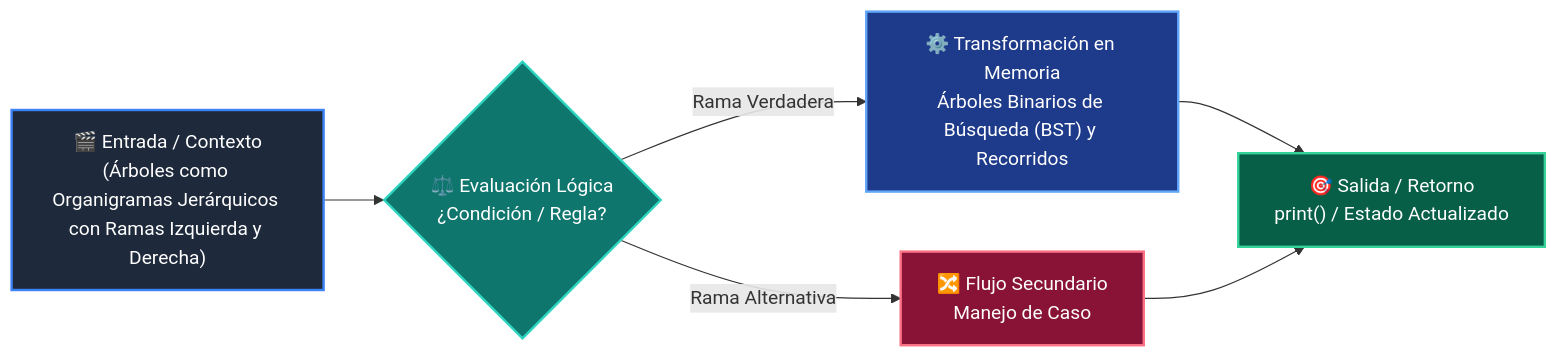
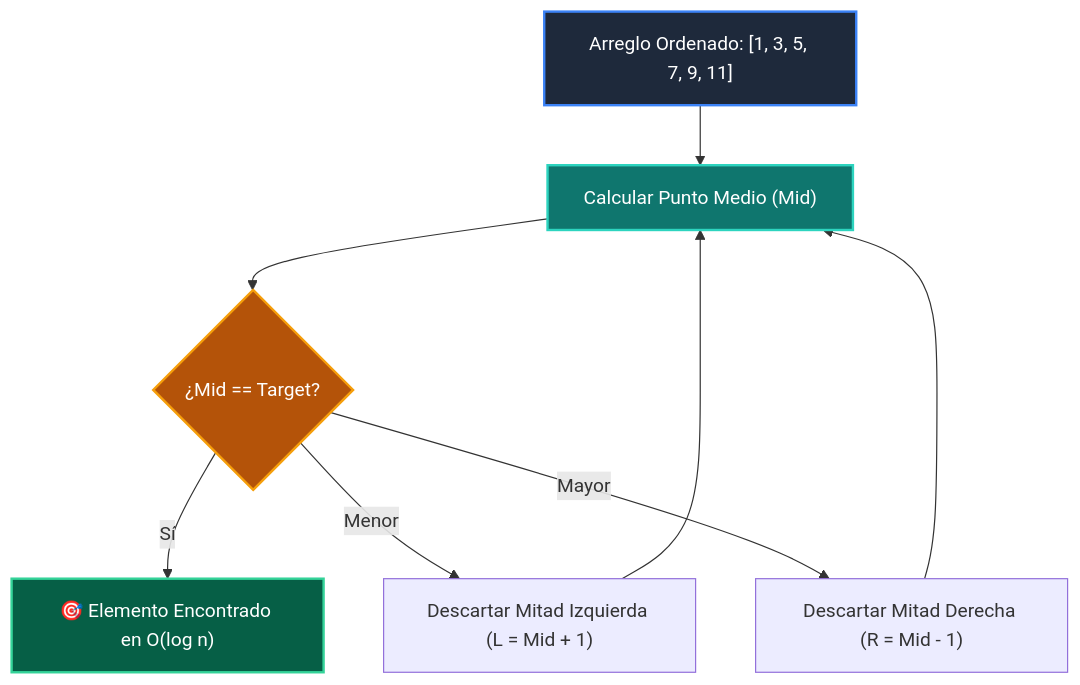
The diagram in 02-algoritmos-estructuras/clase-06-arboles-binarios-busqueda/README.md (wisrovi/wisrovi-python), drawn with Mermaid before and after one commit. The commit also changed other lines of this file and 271 other files, not shown here.

Commit message:
docs: rewrite all README.md files with bespoke topic-specific Mermaid diagrams and remove repetitive boilerplate

````diff
--- a/02-algoritmos-estructuras/clase-06-arboles-binarios-busqueda/README.md
+++ b/02-algoritmos-estructuras/clase-06-arboles-binarios-busqueda/README.md
@@ -35,14 +12,15 @@
 ```mermaid
-flowchart LR
-    A["🎬 Entrada / Contexto<br/>(Árboles como Organigramas Jerárquicos con Ramas Izquierda y Derecha)"] --> B{"⚖️ Evaluación Lógica<br/>¿Condición / Regla?"}
-    B -->|Rama Verdadera| C["⚙️ Transformación en Memoria<br/>Árboles Binarios de Búsqueda (BST) y Recorridos"]
-    B -->|Rama Alternativa| D["🔀 Flujo Secundario<br/>Manejo de Caso"]
-    C --> E["🎯 Salida / Retorno<br/>print() / Estado Actualizado"]
-    D --> E
+flowchart TD
+    ARR["Arreglo Ordenado: [1, 3, 5, 7, 9, 11]"] --> MID["Calcular Punto Medio (Mid)"]
+    MID --> CMP{"¿Mid == Target?"}
+    CMP -->|Sí| FOUND["🎯 Elemento Encontrado en O(log n)"]
+    CMP -->|Menor| RIGHT["Descartar Mitad Izquierda (L = Mid + 1)"]
+    CMP -->|Mayor| LEFT["Descartar Mitad Derecha (R = Mid - 1)"]
+    RIGHT --> MID
+    LEFT --> MID
 
-    style A fill:#1e293b,color:#ffffff,stroke:#3b82f6,stroke-width:2px
-    style B fill:#0f766e,color:#ffffff,stroke:#2dd4bf,stroke-width:2px
-    style C fill:#1e3a8a,color:#ffffff,stroke:#60a5fa,stroke-width:2px
-    style D fill:#881337,color:#ffffff,stroke:#fb7185,stroke-width:2px
-    style E fill:#065f46,color:#ffffff,stroke:#34d399,stroke-width:2px
+    style ARR fill:#1e293b,color:#fff,stroke:#3b82f6,stroke-width:2px
+    style MID fill:#0f766e,color:#fff,stroke:#2dd4bf,stroke-width:2px
+    style CMP fill:#b45309,color:#fff,stroke:#f59e0b,stroke-width:2px
+    style FOUND fill:#065f46,color:#fff,stroke:#34d399,stroke-width:2px
 ```
````
